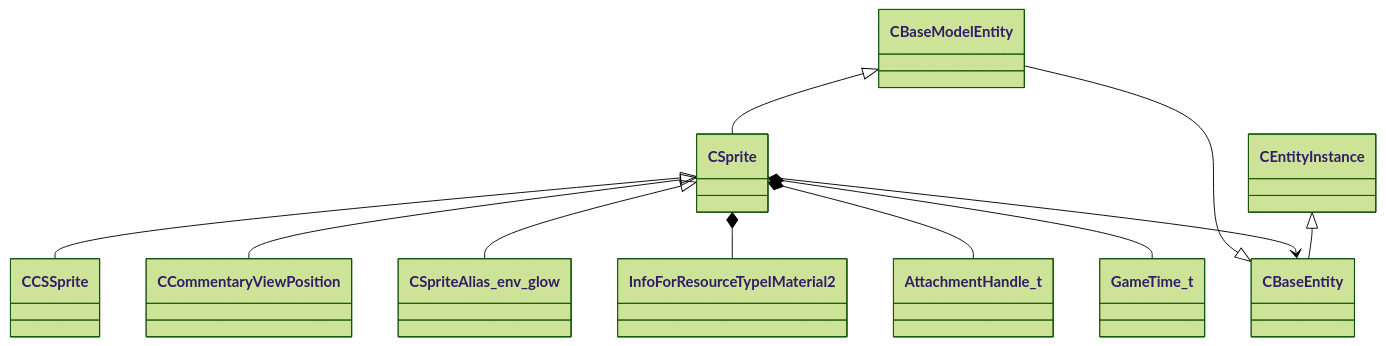
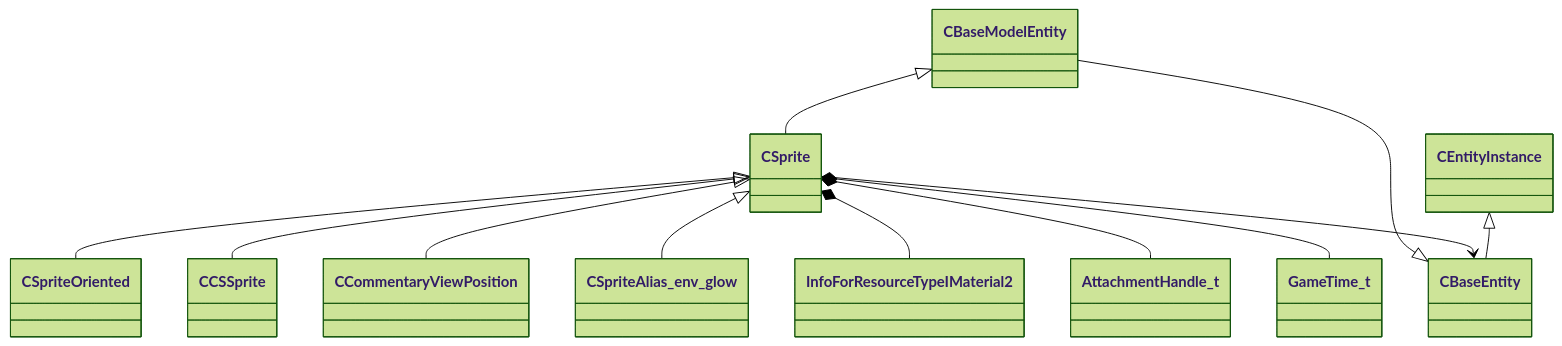
One commit to CS2OpenDev/CS2OpenDev-Docs changed the diagram in docs/generated/schemas/server/CSprite.md. Above: the diagram before and after it, drawn with Mermaid (forest theme). The commit also changed other lines of this file and 4525 other files, not shown here.

````diff
--- a/docs/generated/schemas/server/CSprite.md
+++ b/docs/generated/schemas/server/CSprite.md
@@ -19,13 +21,14 @@
 ```mermaid
 classDiagram
     CBaseModelEntity <|-- CSprite
     CBaseEntity <|-- CBaseModelEntity
     CEntityInstance <|-- CBaseEntity
+    CSprite <|-- CSpriteOriented
     CSprite <|-- CCSSprite
     CSprite <|-- CCommentaryViewPosition
     CSprite <|-- CSpriteAlias_env_glow
     CSprite *-- InfoForResourceTypeIMaterial2
     CSprite --> CBaseEntity
     CSprite *-- AttachmentHandle_t
     CSprite *-- GameTime_t
 ```
````
